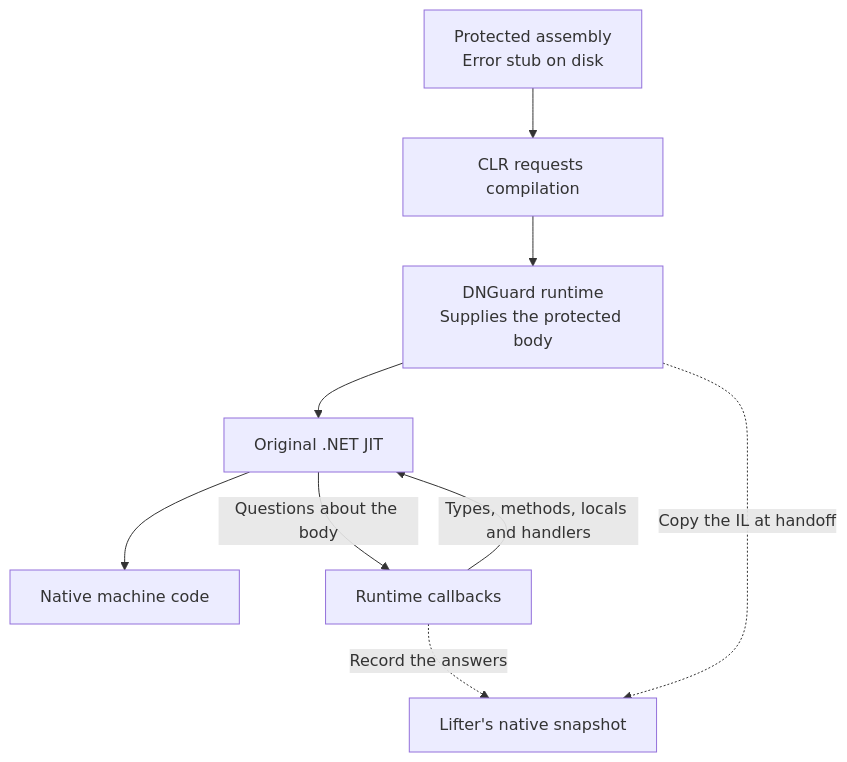
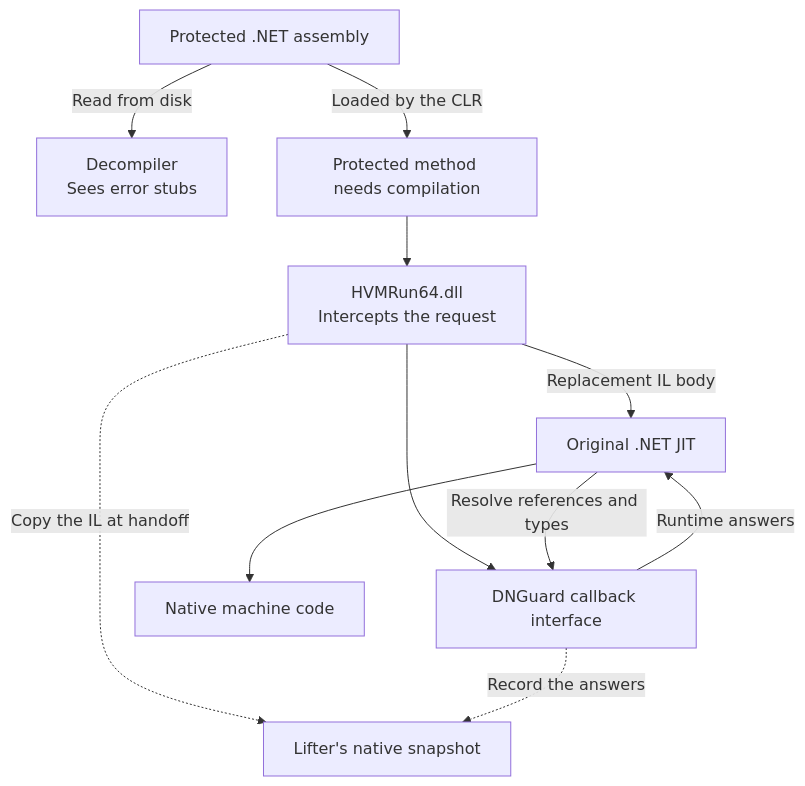
One commit to 11philip22/woldhack.nl changed the second of 10 diagrams in content/posts/dnguard-exposed/index.md. Above: the diagram before and after it, drawn with Mermaid. The commit also changed other lines of this file, not shown here.

Commit message:
feat: update dnguard post

````diff
--- a/content/posts/dnguard-exposed/index.md
+++ b/content/posts/dnguard-exposed/index.md
@@ -27,13 +190,15 @@
 ```mermaid
 flowchart TD
     accTitle: Where the lifter observes a protected method
-    accDescr: The assembly contains an error stub. During compilation DNGuard supplies a replacement body and runtime callbacks to the original JIT. The lifter records both the body and the callback answers.
-    File["Protected assembly<br/>Error stub on disk"] --> CLR["CLR requests compilation"]
-    CLR --> HVM["DNGuard runtime<br/>Supplies the protected body"]
-    HVM --> JIT["Original .NET JIT"]
+    accDescr: The protected assembly still presents error stubs to a decompiler. The lifter copies the replacement IL at the handoff to the original JIT and records the runtime callback answers used during compilation.
+    Assembly["Protected .NET assembly"] -->|"Read from disk"| Decompiler["Decompiler<br/>Sees error stubs"]
+    Assembly -->|"Loaded by the CLR"| Request["Protected method needs compilation"]
+    Request --> HVM["HVMRun64.dll<br/>Intercepts the request"]
+    HVM -->|"Replacement IL body"| JIT["Original .NET JIT"]
+    HVM --> Proxy["DNGuard callback interface"]
+    JIT -->|"Resolve references and types"| Proxy
+    Proxy -->|"Runtime answers"| JIT
     JIT --> Native["Native machine code"]
-    JIT -->|"Questions about the body"| Callbacks["Runtime callbacks"]
-    Callbacks -->|"Types, methods, locals and handlers"| JIT
     HVM -.->|"Copy the IL at handoff"| Capture["Lifter's native snapshot"]
-    Callbacks -.->|"Record the answers"| Capture
+    Proxy -.->|"Record the answers"| Capture
 ```
````
